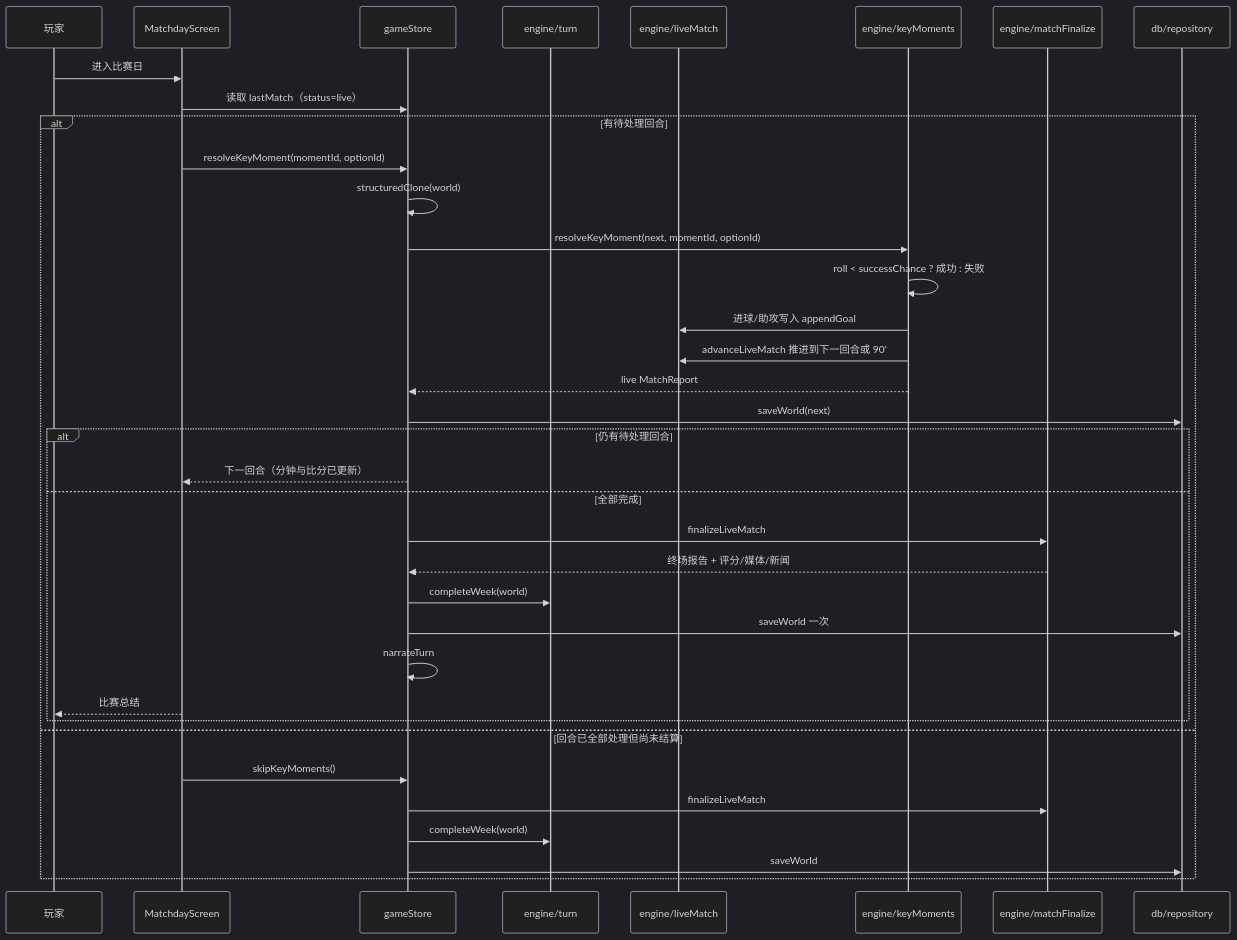
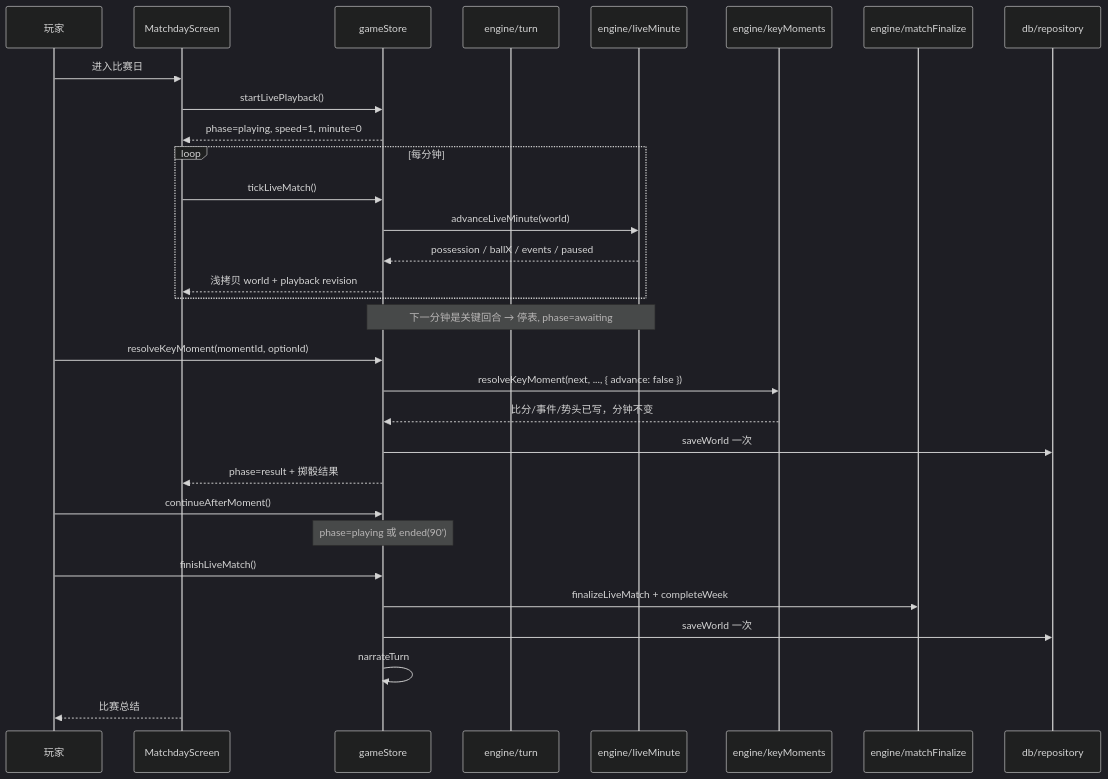
One commit to Roulandu/rpg_life_game changed the first of 2 diagrams in docs/features/matchday.md. Above: the diagram before and after it, drawn with Mermaid (dark theme). The commit also changed other lines of this file and 28 other files, not shown here.

````diff
--- a/docs/features/matchday.md
+++ b/docs/features/matchday.md
@@ -60,38 +99,33 @@
 ```mermaid
 sequenceDiagram
   participant U as 玩家
   participant UI as MatchdayScreen
   participant S as gameStore
   participant T as engine/turn
-  participant L as engine/liveMatch
+  participant M as engine/liveMinute
   participant K as engine/keyMoments
   participant F as engine/matchFinalize
   participant DB as db/repository
   U->>UI: 进入比赛日
-  UI->>S: 读取 lastMatch（status=live）
-  alt 有待处理回合
-    UI->>S: resolveKeyMoment(momentId, optionId)
-    S->>S: structuredClone(world)
-    S->>K: resolveKeyMoment(next, momentId, optionId)
-    K->>K: roll < successChance ? 成功 : 失败
-    K->>L: 进球/助攻写入 appendGoal
-    K->>L: advanceLiveMatch 推进到下一回合或 90'
-    K-->>S: live MatchReport
-    S->>DB: saveWorld(next)
-    alt 仍有待处理回合
-      S-->>UI: 下一回合（分钟与比分已更新）
-    else 全部完成
-      S->>F: finalizeLiveMatch
-      F-->>S: 终场报告 + 评分/媒体/新闻
-      S->>T: completeWeek(world)
-      S->>DB: saveWorld 一次
-      S->>S: narrateTurn
-      UI-->>U: 比赛总结
-    end
-  else 回合已全部处理但尚未结算
-    UI->>S: skipKeyMoments()
-    S->>F: finalizeLiveMatch
-    S->>T: completeWeek(world)
-    S->>DB: saveWorld
+  UI->>S: startLivePlayback()
+  S-->>UI: phase=playing, speed=1, minute=0
+  loop 每分钟
+    UI->>S: tickLiveMatch()
+    S->>M: advanceLiveMinute(world)
+    M-->>S: possession / ballX / events / paused
+    S-->>UI: 浅拷贝 world + playback revision
   end
+  Note over M,S: 下一分钟是关键回合 → 停表, phase=awaiting
+  U->>S: resolveKeyMoment(momentId, optionId)
+  S->>K: resolveKeyMoment(next, ..., { advance: false })
+  K-->>S: 比分/事件/势头已写，分钟不变
+  S->>DB: saveWorld 一次
+  S-->>UI: phase=result + 掷骰结果
+  U->>S: continueAfterMoment()
+  Note over S: phase=playing 或 ended(90')
+  U->>S: finishLiveMatch()
+  S->>F: finalizeLiveMatch + completeWeek
+  S->>DB: saveWorld 一次
+  S->>S: narrateTurn
+  UI-->>U: 比赛总结
 ```
````
